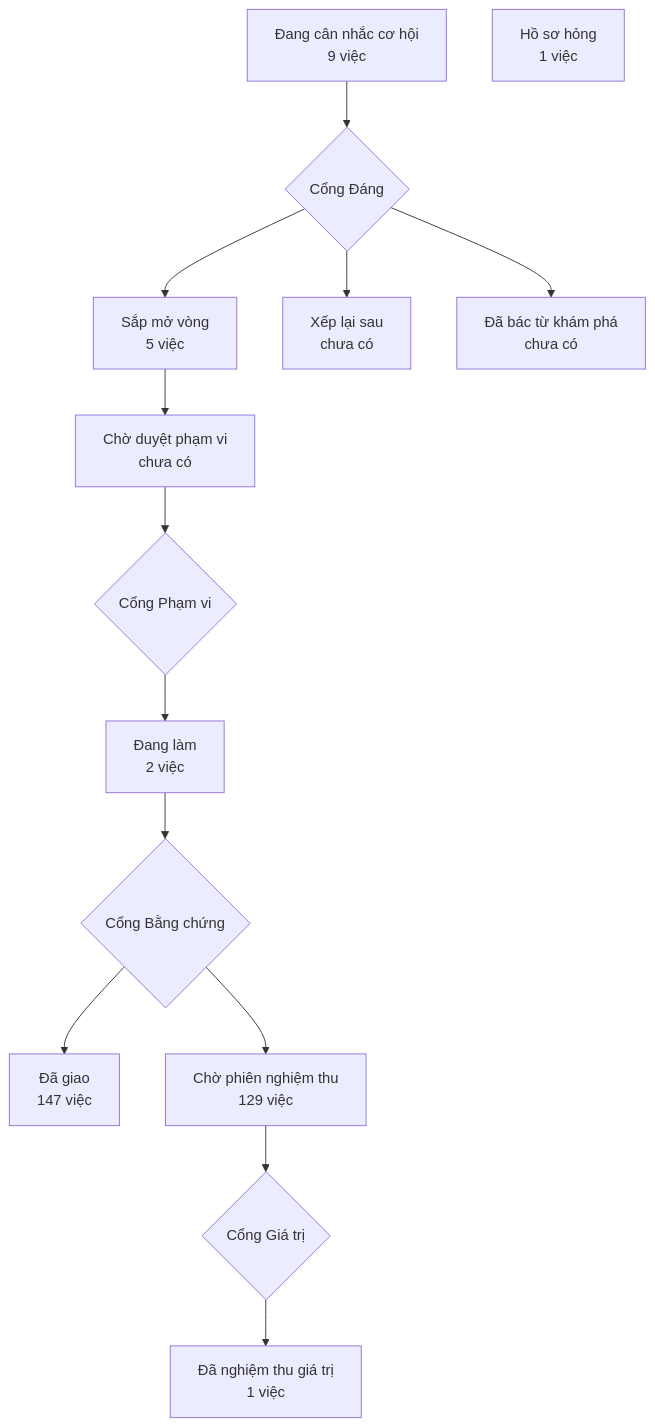
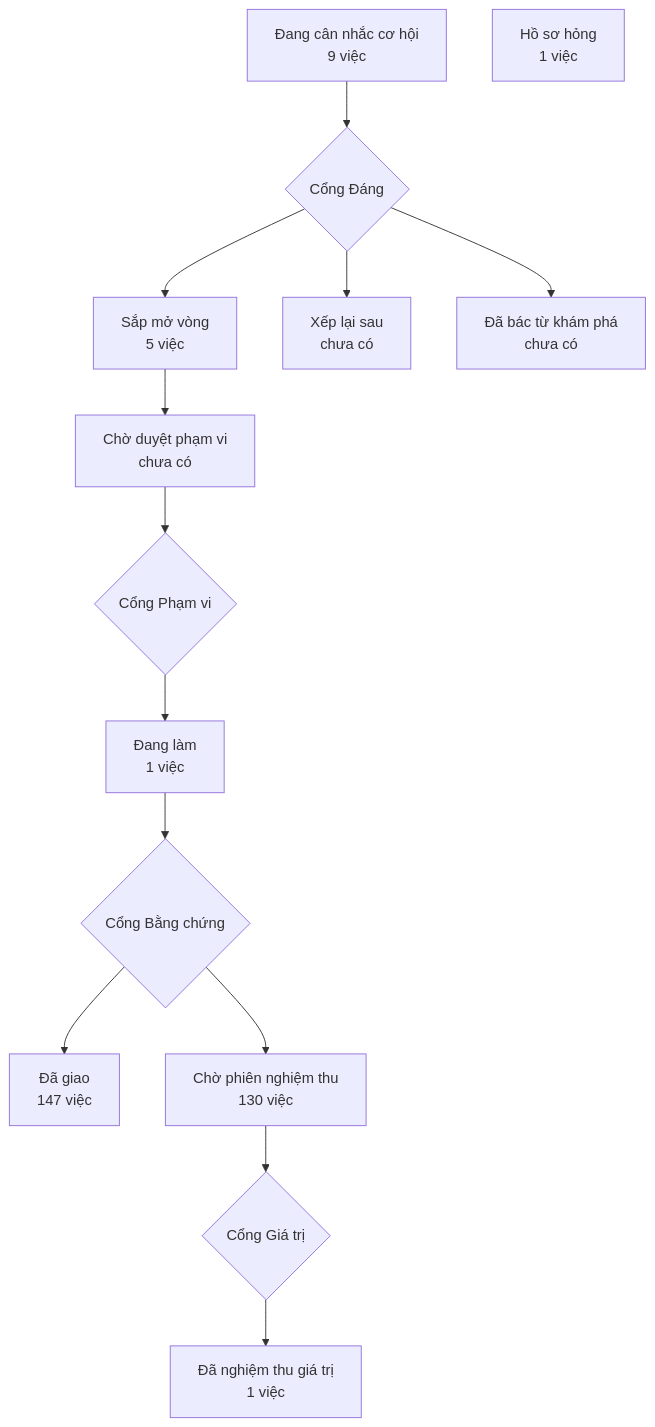
Before and after one commit to phanlemanh/crm-onehub: the diagram in PRODUCT-MAP.md, drawn with Mermaid. The commit also changed 4 other files, not shown here.

Commit message:
signoff(goi-y-mo-ke-hoach): Cổng Bằng chứng ký — manh 2026-10-16; E9 Đạt; 15 Known limits, 3 chấp nhận, 1 mở hợp đồng mới

````diff
--- a/PRODUCT-MAP.md
+++ b/PRODUCT-MAP.md
@@ -7,13 +7,13 @@
 ```mermaid
 flowchart TD
   A["Đang cân nhắc cơ hội<br/>9 việc"] --> GD{"Cổng Đáng"}
   GD --> B["Sắp mở vòng<br/>5 việc"]
   GD --> XL["Xếp lại sau<br/>chưa có"]
   GD --> DB["Đã bác từ khám phá<br/>chưa có"]
   B --> CD["Chờ duyệt phạm vi<br/>chưa có"] --> GP{"Cổng Phạm vi"}
-  GP --> DL["Đang làm<br/>2 việc"] --> GB{"Cổng Bằng chứng"}
+  GP --> DL["Đang làm<br/>1 việc"] --> GB{"Cổng Bằng chứng"}
   GB --> DG["Đã giao<br/>147 việc"]
-  GB --> CN["Chờ phiên nghiệm thu<br/>129 việc"] --> GG{"Cổng Giá trị"}
+  GB --> CN["Chờ phiên nghiệm thu<br/>130 việc"] --> GG{"Cổng Giá trị"}
   GG --> NT["Đã nghiệm thu giá trị<br/>1 việc"]
   HS["Hồ sơ hỏng<br/>1 việc"]
 ```
````
